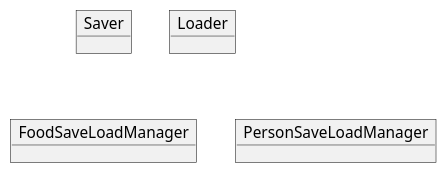
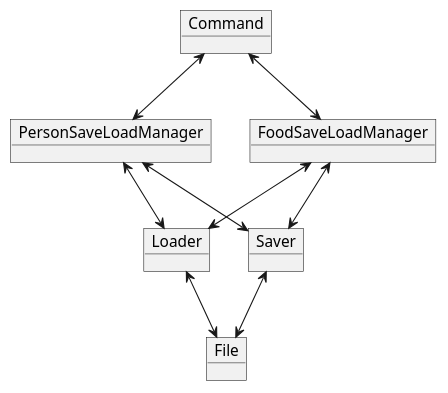
Before and after one commit to nus-cs2113-AY2021S1/tp: the diagram in UML_diaghrams/Architecture.puml, drawn with PlantUML. The commit also changed 2 other files, not shown here.

```diff
--- a/UML_diaghrams/Architecture.puml
+++ b/UML_diaghrams/Architecture.puml
@@ -1,8 +1,19 @@
 @startuml
 object Saver
 object Loader
 object FoodSaveLoadManager
 object PersonSaveLoadManager
+object Command
+object File
 
+File <-up-> Saver
+File <-up-> Loader
 
+Saver <-up-> FoodSaveLoadManager
+Saver <-up-> PersonSaveLoadManager
+Loader <-up-> FoodSaveLoadManager
+Loader <-up-> PersonSaveLoadManager
+
+FoodSaveLoadManager <-up-> Command
+PersonSaveLoadManager <-up-> Command
 @enduml
```
